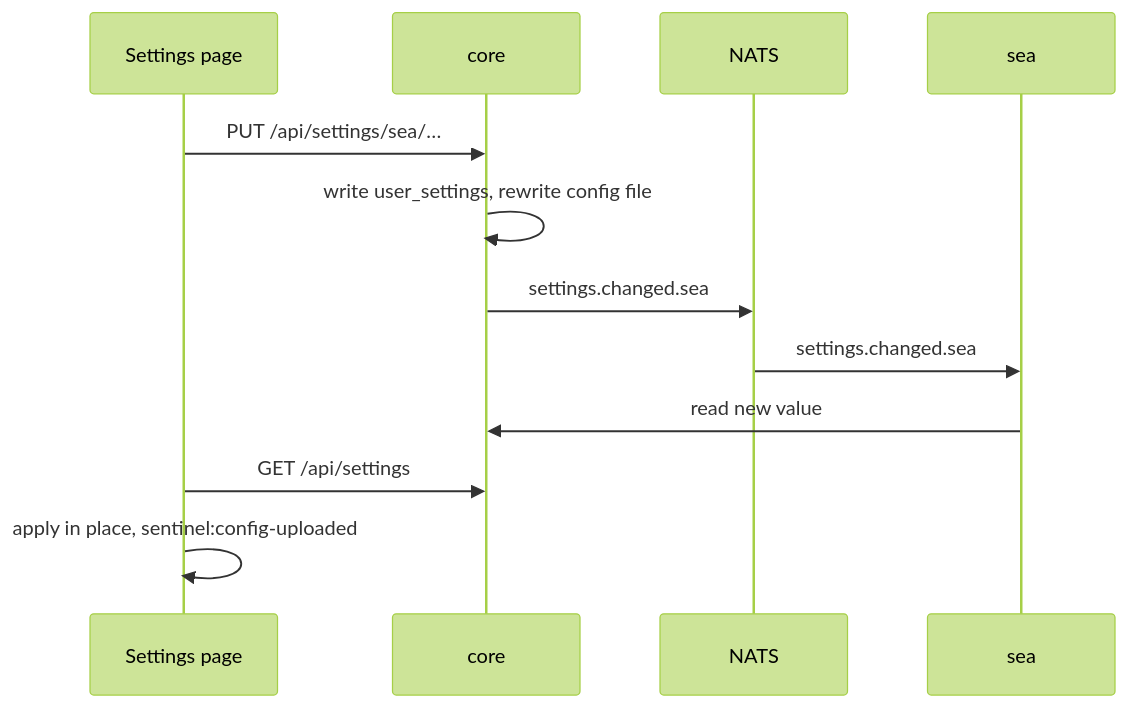
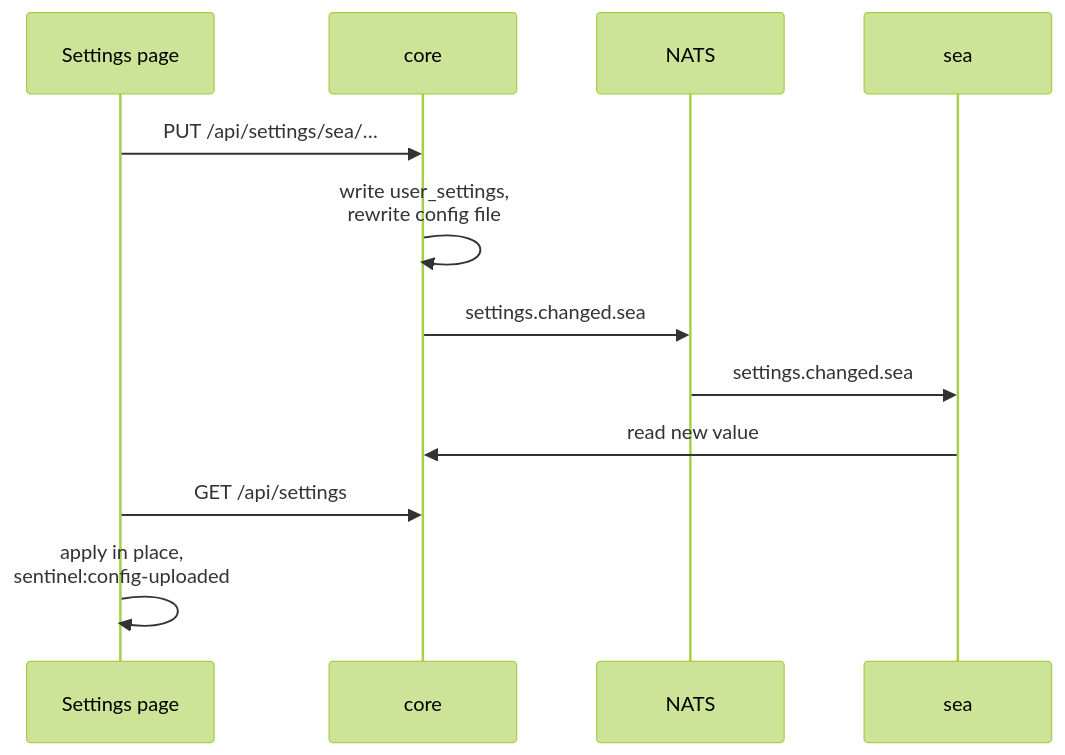
Before and after one commit to barrygee/Sentinel: the diagram in docs/architecture/storage.md, drawn with Mermaid (forest theme). The commit also changed 8 other files, not shown here.

First line of the commit message:
docs: lay diagrams out top to bottom with each flow's direction shown

````diff
--- a/docs/architecture/storage.md
+++ b/docs/architecture/storage.md
@@ -44,14 +44,14 @@
 ```mermaid
 sequenceDiagram
     participant UI as Settings page
     participant Core as core
     participant Bus as NATS
     participant Sea as sea
     UI->>Core: PUT /api/settings/sea/…
-    Core->>Core: write user_settings, rewrite config file
+    Core->>Core: write user_settings,<br/>rewrite config file
     Core->>Bus: settings.changed.sea
     Bus->>Sea: settings.changed.sea
     Sea->>Core: read new value
     UI->>Core: GET /api/settings
-    UI->>UI: apply in place, sentinel:config-uploaded
+    UI->>UI: apply in place,<br/>sentinel:config-uploaded
 ```
````
